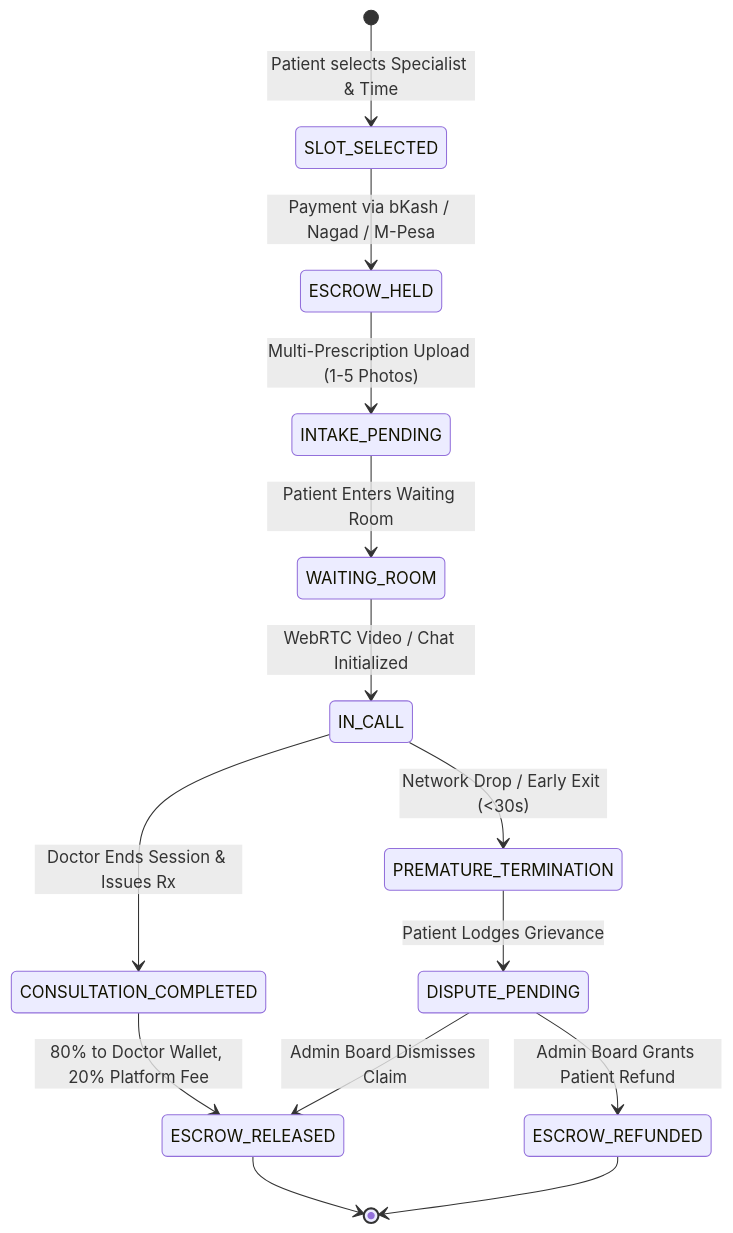
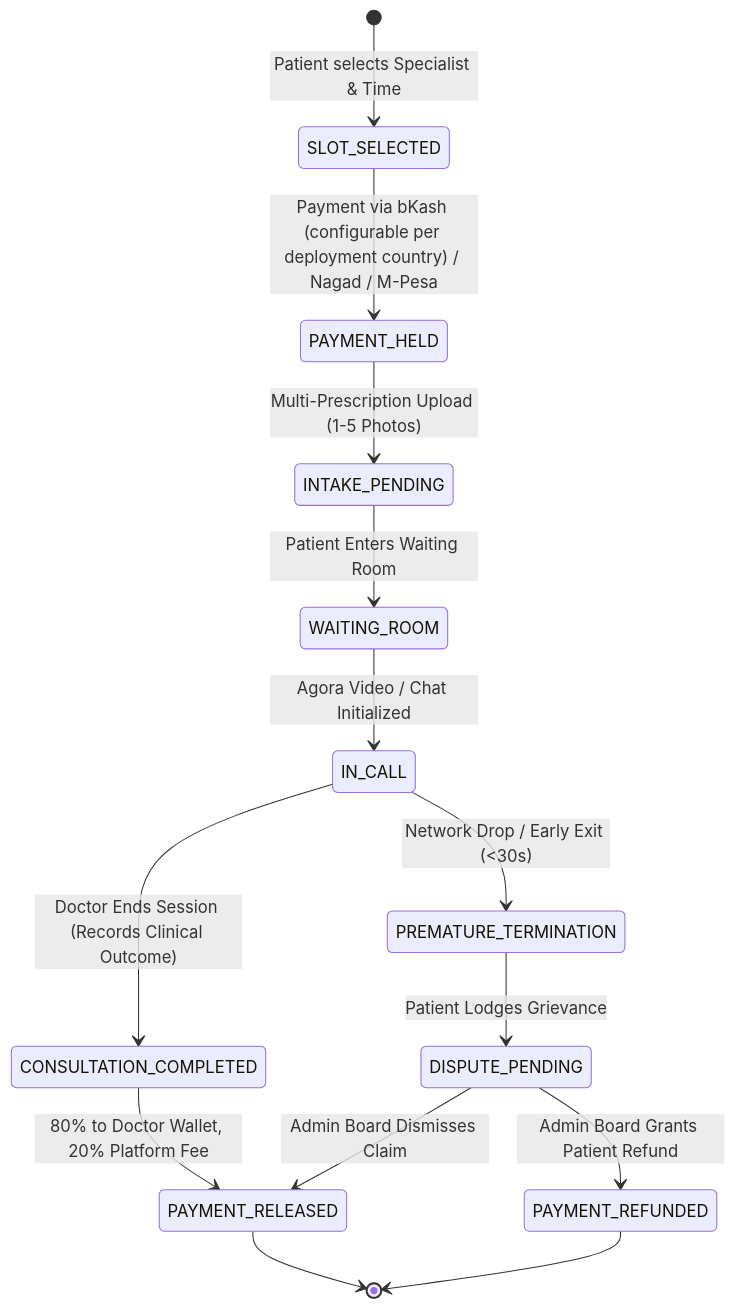
One commit to MeherabHS/hellodoctor changed the first of 4 diagrams in BUSINESS_LOGIC.md. Above: the diagram before and after it, drawn with Mermaid. The commit also changed other lines of this file and 42 other files, not shown here.

````diff
--- a/BUSINESS_LOGIC.md
+++ b/BUSINESS_LOGIC.md
@@ -122,17 +122,17 @@
 ```mermaid
 stateDiagram-v2
     [*] --> SLOT_SELECTED: Patient selects Specialist & Time
-    SLOT_SELECTED --> ESCROW_HELD: Payment via bKash / Nagad / M-Pesa
-    ESCROW_HELD --> INTAKE_PENDING: Multi-Prescription Upload (1-5 Photos)
+    SLOT_SELECTED --> PAYMENT_HELD: Payment via bKash (configurable per deployment country) / Nagad / M-Pesa
+    PAYMENT_HELD --> INTAKE_PENDING: Multi-Prescription Upload (1-5 Photos)
     INTAKE_PENDING --> WAITING_ROOM: Patient Enters Waiting Room
-    WAITING_ROOM --> IN_CALL: WebRTC Video / Chat Initialized
-    IN_CALL --> CONSULTATION_COMPLETED: Doctor Ends Session & Issues Rx
+    WAITING_ROOM --> IN_CALL: Agora Video / Chat Initialized
+    IN_CALL --> CONSULTATION_COMPLETED: Doctor Ends Session (Records Clinical Outcome)
     IN_CALL --> PREMATURE_TERMINATION: Network Drop / Early Exit (<30s)
     
-    CONSULTATION_COMPLETED --> ESCROW_RELEASED: 80% to Doctor Wallet, 20% Platform Fee
+    CONSULTATION_COMPLETED --> PAYMENT_RELEASED: 80% to Doctor Wallet, 20% Platform Fee
     PREMATURE_TERMINATION --> DISPUTE_PENDING: Patient Lodges Grievance
-    DISPUTE_PENDING --> ESCROW_REFUNDED: Admin Board Grants Patient Refund
-    DISPUTE_PENDING --> ESCROW_RELEASED: Admin Board Dismisses Claim
-    ESCROW_RELEASED --> [*]
-    ESCROW_REFUNDED --> [*]
+    DISPUTE_PENDING --> PAYMENT_REFUNDED: Admin Board Grants Patient Refund
+    DISPUTE_PENDING --> PAYMENT_RELEASED: Admin Board Dismisses Claim
+    PAYMENT_RELEASED --> [*]
+    PAYMENT_REFUNDED --> [*]
 ```
````
